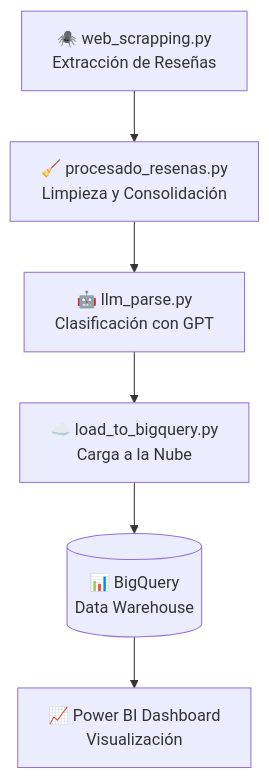
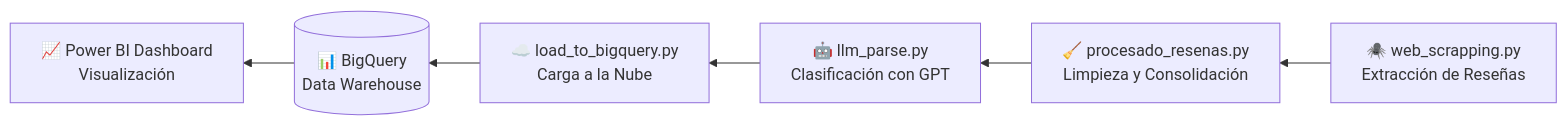
One commit to franciscogonzalez-gal/investigacion_data_science changed the diagram in README.md. Above: the diagram before and after it, drawn with Mermaid.

Commit message:
Change graph direction from TD to RL in README

````diff
--- a/README.md
+++ b/README.md
@@ -180,9 +180,9 @@
 ```mermaid
-graph TD
+graph RL
     A[🕷️ web_scrapping.py<br/>Extracción de Reseñas] 
     A --> B[🧹 procesado_resenas.py<br/>Limpieza y Consolidación]
     B --> C[🤖 llm_parse.py<br/>Clasificación con GPT]
     C --> D[☁️ load_to_bigquery.py<br/>Carga a la Nube]
     D --> E[(📊 BigQuery<br/>Data Warehouse)]
     E --> F[📈 Power BI Dashboard<br/>Visualización]
 ```
````
